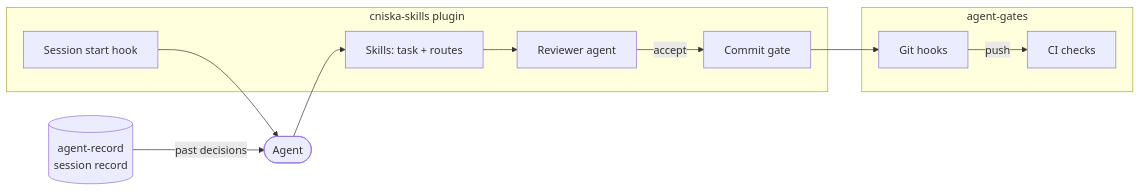
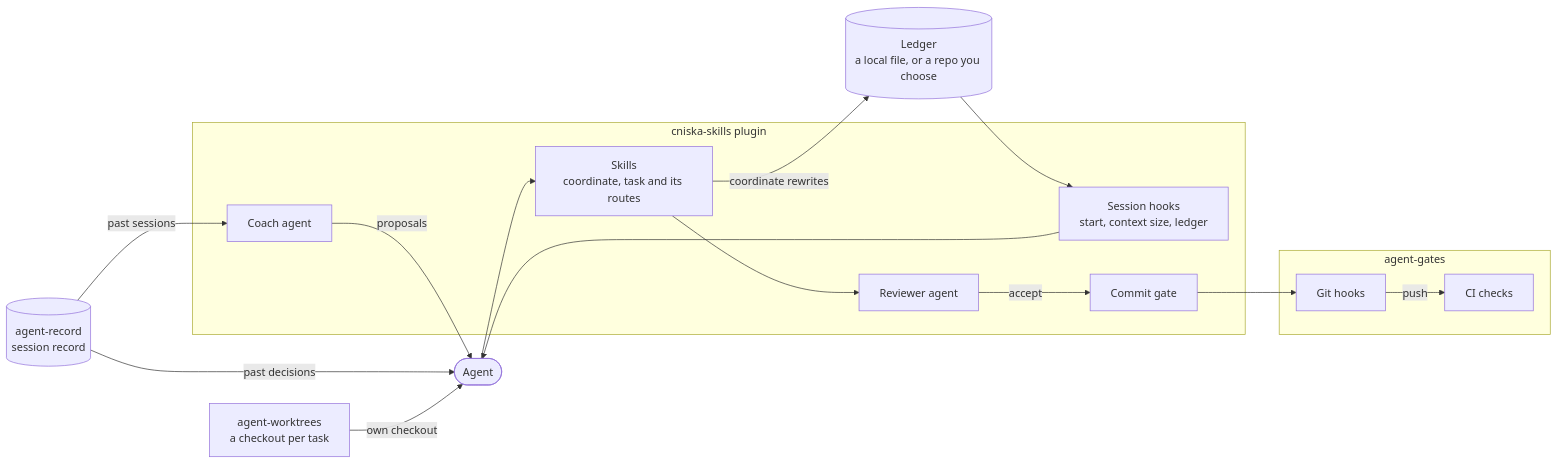
Before and after one commit to cniska/agent-skills: the second of 3 diagrams in README.md, drawn with Mermaid. The commit also changed other lines of this file, not shown here.

Commit message:
docs(readme): chart the two loops

````diff
--- a/README.md
+++ b/README.md
@@ -124,22 +147,30 @@
 ```mermaid
 flowchart LR
   rec[("agent-record<br/>session record")]
+  wt["agent-worktrees<br/>a checkout per task"]
+  ledger[("Ledger<br/>a local file, or a repo you choose")]
   agent(["Agent"])
   subgraph S["cniska-skills plugin"]
-    hook["Session start hook"]
-    skills["Skills: task + routes"]
+    hook["Session hooks<br/>start, context size, ledger"]
+    skills["Skills<br/>coordinate, task and its routes"]
     rev["Reviewer agent"]
     gate["Commit gate"]
+    coach["Coach agent"]
   end
   subgraph G["agent-gates"]
     hooks["Git hooks"]
     ci["CI checks"]
   end
+  ledger --> hook
   hook --> agent
   rec -- "past decisions" --> agent
+  wt -- "own checkout" --> agent
   agent --> skills
+  skills -- "coordinate rewrites" --> ledger
   skills --> rev
   rev -- "accept" --> gate
   gate --> hooks
   hooks -- "push" --> ci
+  rec -- "past sessions" --> coach
+  coach -- "proposals" --> agent
 ```
````
